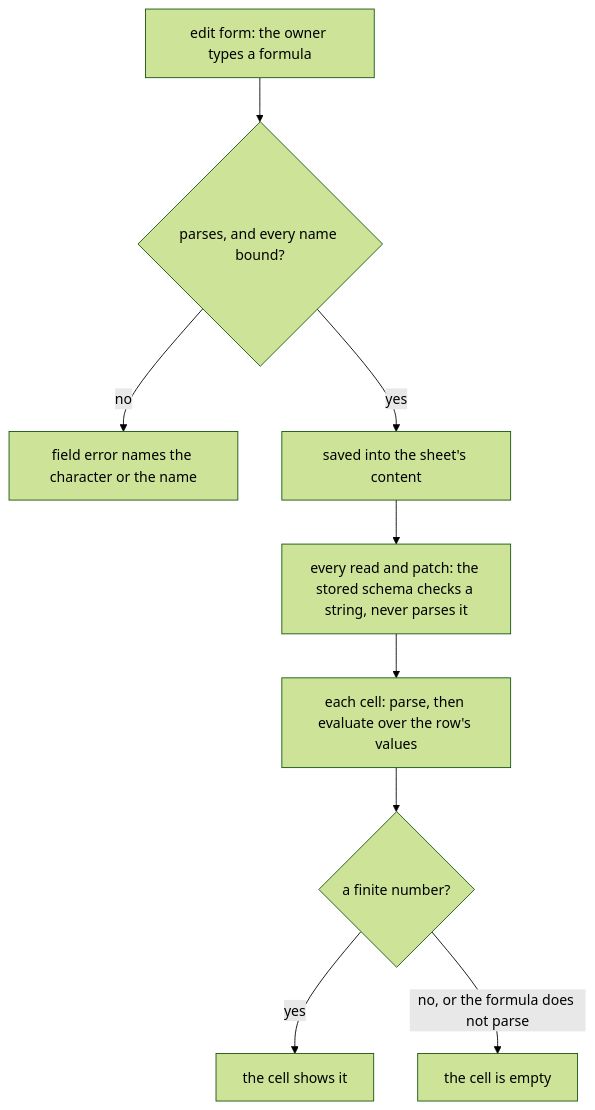
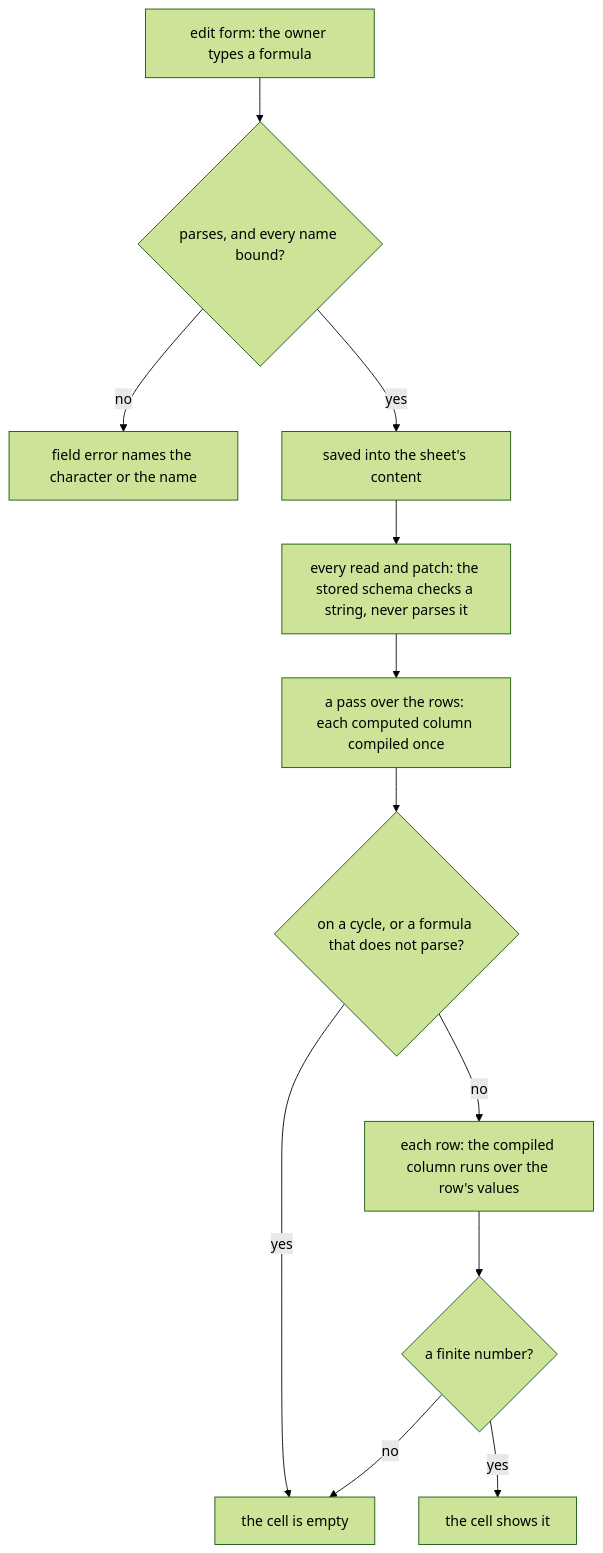
The diagram in openspec/changes/shared-math-expression/design.md (Esposter/Esposter), drawn with Mermaid (forest theme) before and after one commit. The commit also changed other lines of this file and 3 other files, not shown here.

First line of the commit message:
docs(math-expression): compile each formula and the sheet's computed columns once

````diff
--- a/openspec/changes/shared-math-expression/design.md
+++ b/openspec/changes/shared-math-expression/design.md
@@ -57,11 +59,14 @@
 ```mermaid
 flowchart TD
   FORM["edit form: the owner types a formula"] --> PARSE{"parses, and every name bound?"}
   PARSE -->|no| ERROR["field error names the character or the name"]
   PARSE -->|yes| SAVE["saved into the sheet's content"]
   SAVE --> READ["every read and patch: the stored schema checks a string, never parses it"]
-  READ --> CELL["each cell: parse, then evaluate over the row's values"]
-  CELL --> FINITE{"a finite number?"}
+  READ --> COMPILE["a pass over the rows: each computed column compiled once"]
+  COMPILE --> BROKEN{"on a cycle, or a formula that does not parse?"}
+  BROKEN -->|yes| EMPTY["the cell is empty"]
+  BROKEN -->|no| ROW["each row: the compiled column runs over the row's values"]
+  ROW --> FINITE{"a finite number?"}
   FINITE -->|yes| VALUE["the cell shows it"]
-  FINITE -->|"no, or the formula does not parse"| EMPTY["the cell is empty"]
+  FINITE -->|no| EMPTY
 ```
````
